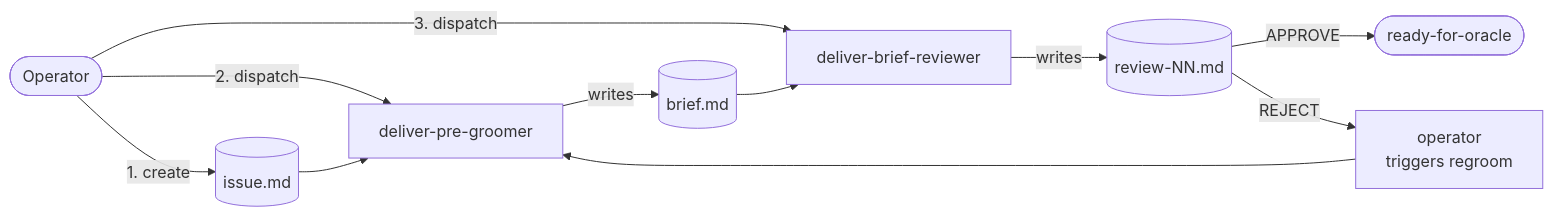
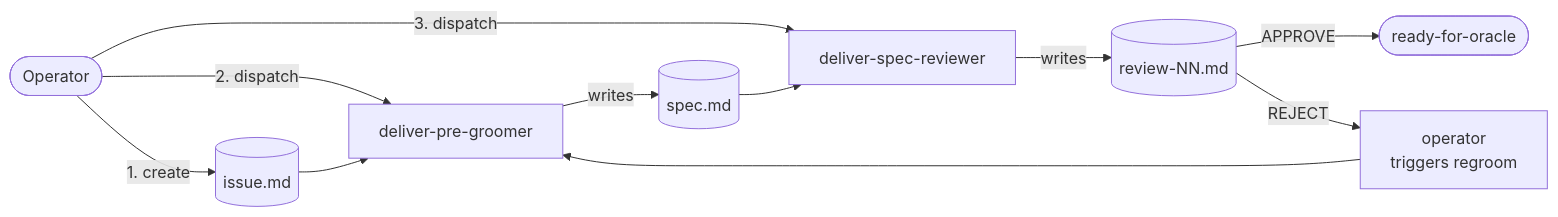
The fifth of 5 diagrams in docs/architecture/deliver-architecture.md (Calibrax-ai/autoship), drawn with Mermaid before and after one commit. The commit also changed other lines of this file and 18 other files, not shown here.

````diff
--- a/docs/architecture/deliver-architecture.md
+++ b/docs/architecture/deliver-architecture.md
@@ -722,13 +722,13 @@
 ```mermaid
 flowchart LR
     Op([Operator]) -->|1. create| Iss[(issue.md)]
     Op -->|2. dispatch| PG[deliver-pre-groomer]
     Iss --> PG
-    PG -->|writes| Brief[(brief.md)]
-    Op -->|3. dispatch| BR[deliver-brief-reviewer]
-    Brief --> BR
+    PG -->|writes| Spec[(spec.md)]
+    Op -->|3. dispatch| BR[deliver-spec-reviewer]
+    Spec --> BR
     BR -->|writes| Rev[(review-NN.md)]
     Rev -->|APPROVE| Done([ready-for-oracle])
     Rev -->|REJECT| Regroom[operator<br/>triggers regroom]
     Regroom --> PG
 ```
````
